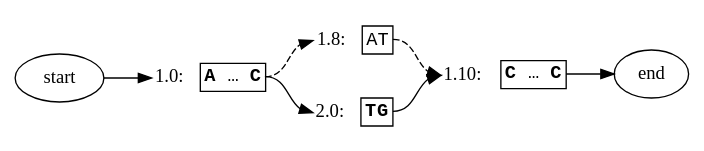
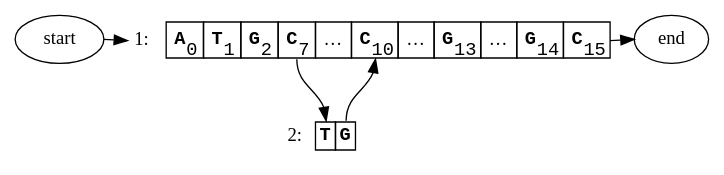
The diagram in docs/figures/figure_2_minimized.dot (ginkgobioworks/gen), drawn with Graphviz before and after one commit. The commit also changed 5 other files, not shown here.

```diff
--- a/docs/figures/figure_2_minimized.dot
+++ b/docs/figures/figure_2_minimized.dot
@@ -1,77 +1,56 @@
 strict digraph "" {
-	graph [bb="0,0,464.75,90",
-		rankdir=LR,
+	graph [bb="0,0,490,108",
+		rankdir=TD,
 		splines=true
 	];
 	node [label="\N"];
-	source	[end=-1,
-		height=0.5,
+	source	[height=0.5,
 		label=start,
-		original_node=source,
-		pos="27,45",
+		pos="27,90",
 		width=0.75];
-	1.0	[end=7,
-		height=0.5,
-		highlights="[True, True, True, True, True, True, True, True]",
-		label=<<TABLE BORDER='0' CELLBORDER='1' CELLSPACING='0'><TR><TD BORDER='0' PORT='caption'>1.0:&nbsp;</TD><TD><FONT FACE='Courier New'><B>A</B>&nbsp;…&nbsp;<B>C</B></FONT></TD></TR></TABLE>>,
+	1	[height=0.5,
+		highlights="[True, True, True, True, True, True, True, True, False, False, True, True, True, True, True, True]",
+		label=<<TABLE BORDER='0' CELLBORDER='1' CELLSPACING='0' CELLPADDING='5'><TR><TD BORDER='0' PORT='caption'>1: </TD><TD PORT='0'><FONT FACE='Courier New'><B>A</B><SUB>0</SUB></FONT></TD>
+<TD PORT='1'><FONT FACE='Courier New'><B>T</B><SUB>1</SUB></FONT></TD>
+<TD PORT='2'><FONT FACE='Courier New'><B>G</B><SUB>2</SUB></FONT></TD>
+<TD PORT='7'><FONT FACE='Courier New'><B>C</B><SUB>7</SUB></FONT></TD>
+<TD>…</TD>
+<TD PORT='10'><FONT FACE='Courier New'><B>C</B><SUB>10</SUB></FONT></TD>
+<TD>…</TD>
+<TD PORT='13'><FONT FACE='Courier New'><B>G</B><SUB>13</SUB></FONT></TD>
+<TD>…</TD>
+<TD PORT='14'><FONT FACE='Courier New'><B>G</B><SUB>14</SUB></FONT></TD>
+<TD PORT='15'><FONT FACE='Courier New'><B>C</B><SUB>15</SUB></FONT></TD></TR></TABLE>>,
 		margin=0,
-		original_node=1,
-		pos="128,45",
-		sequence=ATGTATAC,
+		pos="245,90",
+		sequence=ATGTATACATCACGGC,
 		shape=none,
-		start=0,
-		width=1.0556];
-	source:e -> 1.0:caption	[pos="e,90,45 54,45 65.375,45 70.685,45 78.553,45",
-		reference=False];
-	1.8	[end=9,
-		height=0.5,
-		highlights="[False, False]",
-		label=<<TABLE BORDER='0' CELLBORDER='1' CELLSPACING='0'><TR><TD BORDER='0' PORT='caption'>1.8:&nbsp;</TD><TD><FONT FACE='Courier New'>AT</FONT></TD></TR></TABLE>>,
+		width=4.8056];
+	source:e -> 1:caption	[constraint=False,
+		pos="e,72,90 54,90 56.75,90 58.791,90 60.61,90",
+		rank=same,
+		to_pos=0];
+	sink	[height=0.5,
+		label=end,
+		pos="463,90",
+		width=0.75];
+	1:15 -> sink:w	[constraint=False,
+		from_pos=15,
+		pos="e,436,90 418,90 420.75,90 422.79,90 424.61,90",
+		rank=same];
+	2	[height=0.5,
+		highlights="[True, True]",
+		label=<<TABLE BORDER='0' CELLBORDER='1' CELLSPACING='0'><TR><TD BORDER='0' PORT='caption'>2: </TD><TD PORT='0'><FONT FACE='Courier New'><B>T</B></FONT></TD>
+<TD PORT='1'><FONT FACE='Courier New'><B>G</B></FONT></TD></TR></TABLE>>,
 		margin=0,
-		original_node=1,
-		pos="229,72",
-		sequence=AT,
-		shape=none,
-		start=8,
-		width=0.75];
-	1.0:e -> 1.8:caption	[pos="e,202.38,72 166,45 181.41,45 182.75,60.827 191.56,68.246",
-		reference=True,
-		style=dashed];
-	2.0	[end=1,
-		height=0.5,
-		highlights="[True, True]",
-		label=<<TABLE BORDER='0' CELLBORDER='1' CELLSPACING='0'><TR><TD BORDER='0' PORT='caption'>2.0:&nbsp;</TD><TD><FONT FACE='Courier New'><B>T</B><B>G</B></FONT></TD></TR></TABLE>>,
-		margin=0,
-		original_node=2,
-		pos="229,18",
+		pos="210,18",
 		sequence=TG,
 		shape=none,
-		start=0,
 		width=0.75];
-	1.0:e -> 2.0:caption	[pos="e,202.38,18 166,45 181.41,45 182.75,29.173 191.56,21.754",
-		reference=False];
-	1.10	[end=15,
-		height=0.5,
-		highlights="[True, True, True, True, True, True]",
-		label=<<TABLE BORDER='0' CELLBORDER='1' CELLSPACING='0'><TR><TD BORDER='0' PORT='caption'>1.10:&nbsp;</TD><TD><FONT FACE='Courier New'><B>C</B>&nbsp;…&nbsp;<B>C</B></FONT></TD></TR></TABLE>>,
-		margin=0,
-		original_node=1,
-		pos="333.38,45",
-		sequence=CACGGC,
-		shape=none,
-		start=10,
-		width=1.1493];
-	1.8:e -> 1.10:caption	[pos="e,292,45 256,72 271.31,72 272.56,56.173 281.27,48.754",
-		reference=True,
-		style=dashed];
-	2.0:e -> 1.10:caption	[pos="e,292,45 256,18 271.31,18 272.56,33.827 281.27,41.246",
-		reference=False];
-	sink	[height=0.5,
-		label=end,
-		original_node=sink,
-		pos="437.75,45",
-		start=0,
-		width=0.75];
-	1.10:e -> sink:caption	[pos="e,410.5,45 374.75,45 382.63,45 391.08,45 399.12,45",
-		reference=False];
+	1:7 -> 2:0	[from_pos=7,
+		pos="e,212,30.25 190.75,74.75 190.75,57.285 204.24,53.314 209.73,41.331",
+		to_pos=0];
+	2:1 -> 1:10	[from_pos=1,
+		pos="e,247.38,74.75 226.25,30.25 226.25,47.696 239.66,51.693 245.11,63.675",
+		to_pos=10];
 }
```
